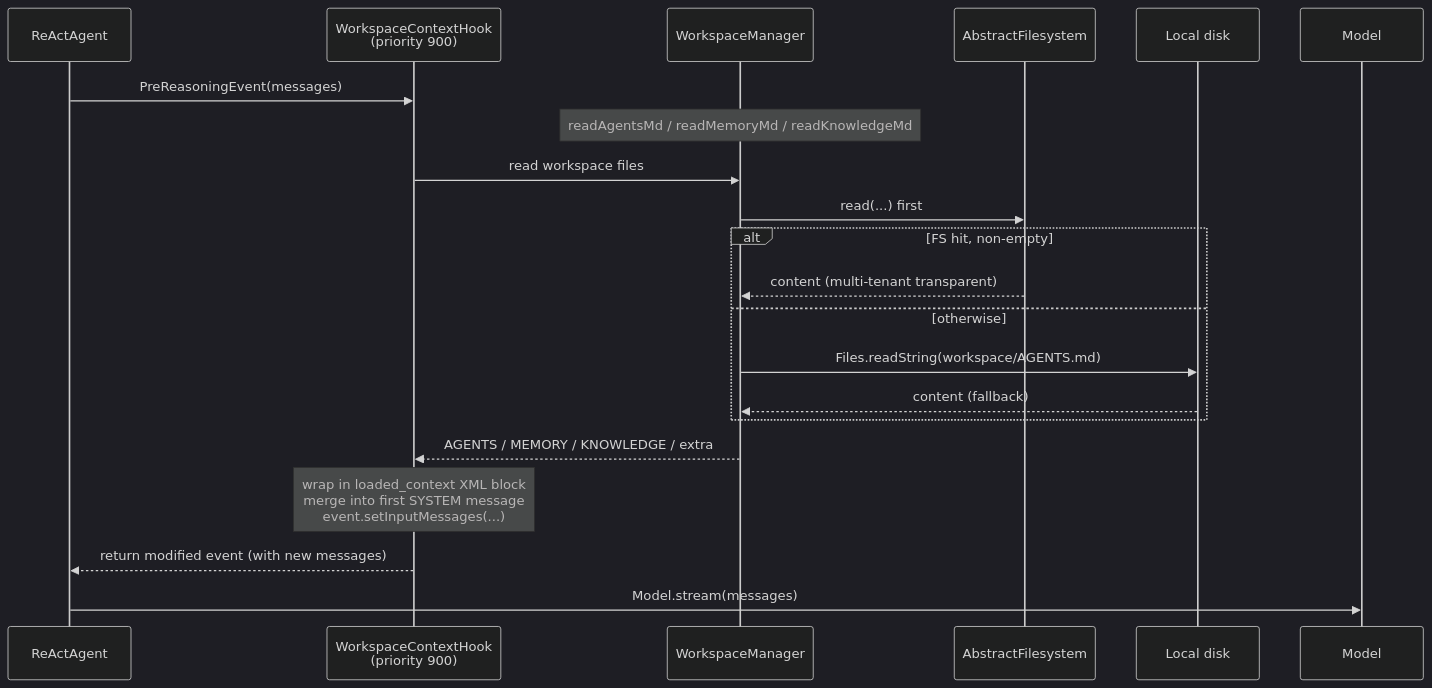
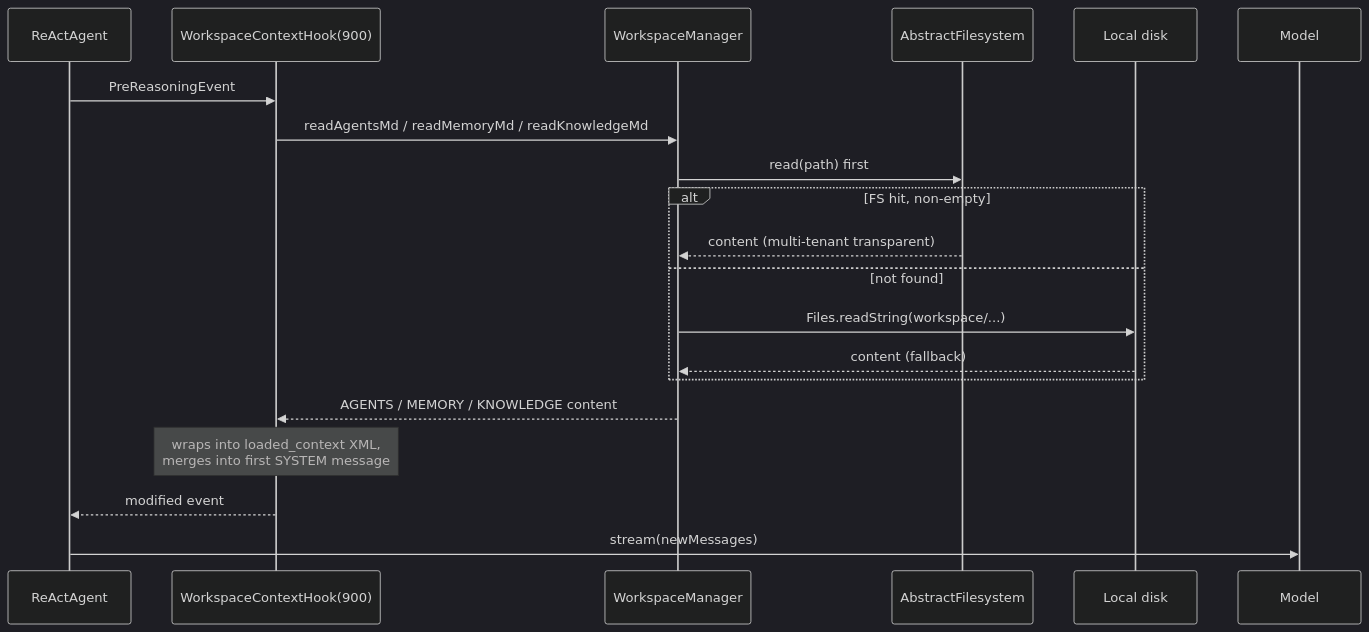
The fifth of 8 diagrams in docs/en/harness/architecture.md (agentscope-ai/agentscope-java), drawn with Mermaid (dark theme) before and after one commit. The commit also changed other lines of this file and 14 other files, not shown here.

````diff
--- a/docs/en/harness/architecture.md
+++ b/docs/en/harness/architecture.md
@@ -240,24 +229,23 @@
-```mermaid
+```{mermaid}
 sequenceDiagram
     participant RA as ReActAgent
-    participant Hook as WorkspaceContextHook<br/>(priority 900)
+    participant Hook as WorkspaceContextHook(900)
     participant WM as WorkspaceManager
     participant FS as AbstractFilesystem
     participant LD as Local disk
     participant M as Model
 
-    RA->>Hook: PreReasoningEvent(messages)
-    Note over WM: readAgentsMd / readMemoryMd / readKnowledgeMd
-    Hook->>WM: read workspace files
-    WM->>FS: read(...) first
+    RA->>Hook: PreReasoningEvent
+    Hook->>WM: readAgentsMd / readMemoryMd / readKnowledgeMd
+    WM->>FS: read(path) first
     alt FS hit, non-empty
         FS-->>WM: content (multi-tenant transparent)
-    else otherwise
-        WM->>LD: Files.readString(workspace/AGENTS.md)
+    else not found
+        WM->>LD: Files.readString(workspace/...)
         LD-->>WM: content (fallback)
     end
-    WM-->>Hook: AGENTS / MEMORY / KNOWLEDGE / extra
-    Note over Hook: wrap in loaded_context XML block<br>merge into first SYSTEM message<br>event.setInputMessages(...)
-    Hook-->>RA: return modified event (with new messages)
-    RA->>M: Model.stream(messages)
+    WM-->>Hook: AGENTS / MEMORY / KNOWLEDGE content
+    Note over Hook: wraps into loaded_context XML,<br>merges into first SYSTEM message
+    Hook-->>RA: modified event
+    RA->>M: stream(newMessages)
 ```
````
